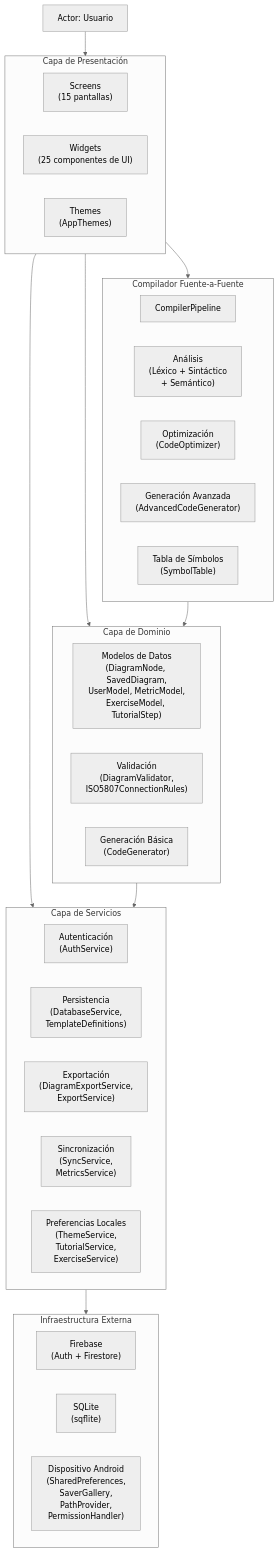
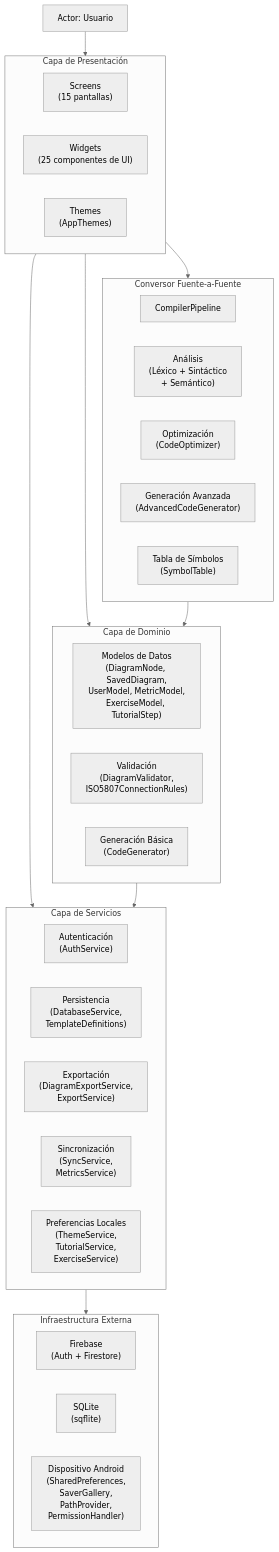
One commit to GUSTAVOIVANGQ/Trabajo-Terminal changed the third of 3 diagrams in flowdiagramapp/docs/ciclo_1/diagrama_componentes.md. Above: the diagram before and after it, drawn with Mermaid. The commit also changed other lines of this file and 59 other files, not shown here.

````diff
--- a/flowdiagramapp/docs/ciclo_1/diagrama_componentes.md
+++ b/flowdiagramapp/docs/ciclo_1/diagrama_componentes.md
@@ -284,52 +284,52 @@
 ```mermaid
 %%{init: {'theme': 'neutral'}}%%
 graph TB
     USUARIO["Actor: Usuario"]
 
     subgraph L1["Capa de Presentación"]
         direction LR
         S["Screens<br/>(15 pantallas)"]
         W["Widgets<br/>(25 componentes de UI)"]
         T["Themes<br/>(AppThemes)"]
     end
 
     subgraph L2["Capa de Dominio"]
         direction LR
         MOD["Modelos de Datos<br/>(DiagramNode, SavedDiagram,<br/>UserModel, MetricModel,<br/>ExerciseModel, TutorialStep)"]
         VAL["Validación<br/>(DiagramValidator,<br/>ISO5807ConnectionRules)"]
         GEN["Generación Básica<br/>(CodeGenerator)"]
     end
 
-    subgraph L3["Compilador Fuente-a-Fuente"]
+    subgraph L3["Conversor Fuente-a-Fuente"]
         direction LR
         PIPE["CompilerPipeline"]
         ANALYSIS["Análisis<br/>(Léxico + Sintáctico<br/>+ Semántico)"]
         OPTIM["Optimización<br/>(CodeOptimizer)"]
         CODEGEN["Generación Avanzada<br/>(AdvancedCodeGenerator)"]
         SYMB["Tabla de Símbolos<br/>(SymbolTable)"]
     end
 
     subgraph L4["Capa de Servicios"]
         direction LR
         AUTHSRV["Autenticación<br/>(AuthService)"]
         DATASRV["Persistencia<br/>(DatabaseService,<br/>TemplateDefinitions)"]
         EXPORTSRV["Exportación<br/>(DiagramExportService,<br/>ExportService)"]
         CLOUDSRV["Sincronización<br/>(SyncService,<br/>MetricsService)"]
         LOCALSRV["Preferencias Locales<br/>(ThemeService,<br/>TutorialService,<br/>ExerciseService)"]
     end
 
     subgraph L5["Infraestructura Externa"]
         direction LR
         FIREBASE["Firebase<br/>(Auth + Firestore)"]
         SQLITE["SQLite<br/>(sqflite)"]
         DEVICE["Dispositivo Android<br/>(SharedPreferences,<br/>SaverGallery,<br/>PathProvider,<br/>PermissionHandler)"]
     end
 
     USUARIO --> L1
     L1 --> L2
     L1 --> L3
     L1 --> L4
     L2 --> L4
     L3 --> L2
     L4 --> L5
 ```
````
